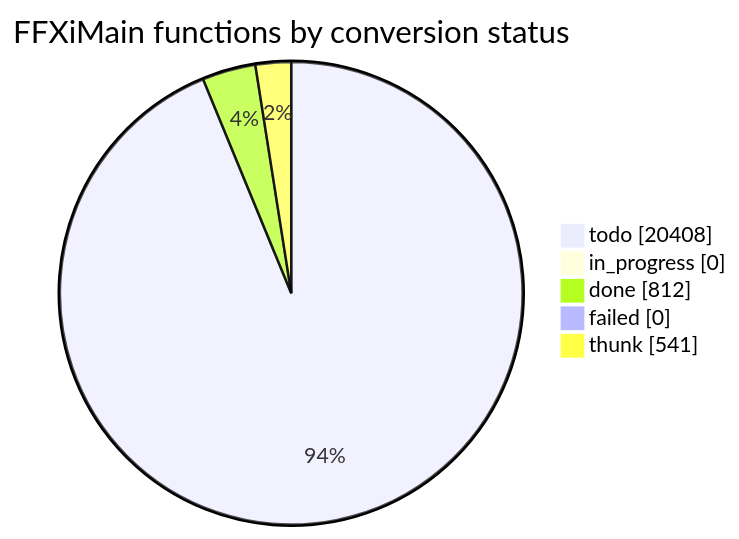
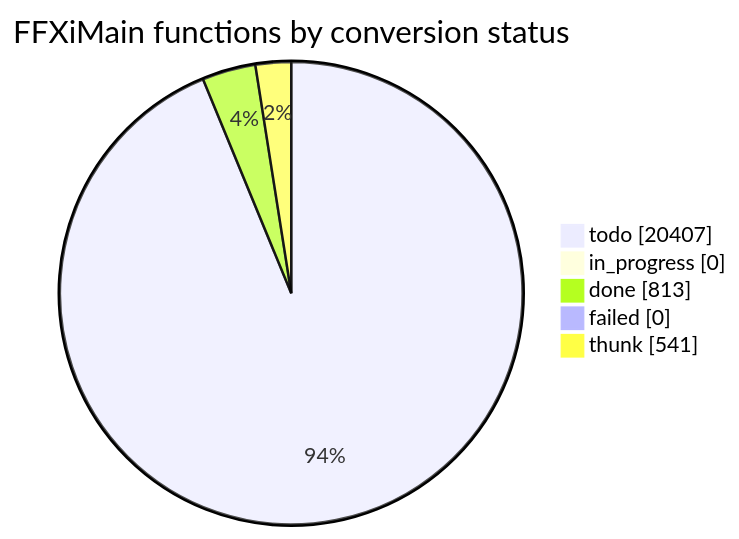
Before and after one commit to cowrevenge/cow_kuluu_xi_anything: the diagram in docs/cow/STATUS.md, drawn with Mermaid. The commit also changed other lines of this file and 9 other files, not shown here.

````diff
--- a/docs/cow/STATUS.md
+++ b/docs/cow/STATUS.md
@@ -18,9 +18,9 @@
 ```mermaid
 pie showData
     title FFXiMain functions by conversion status
-    "todo" : 20408
+    "todo" : 20407
     "in_progress" : 0
-    "done" : 812
+    "done" : 813
     "failed" : 0
     "thunk" : 541
 ```
````
